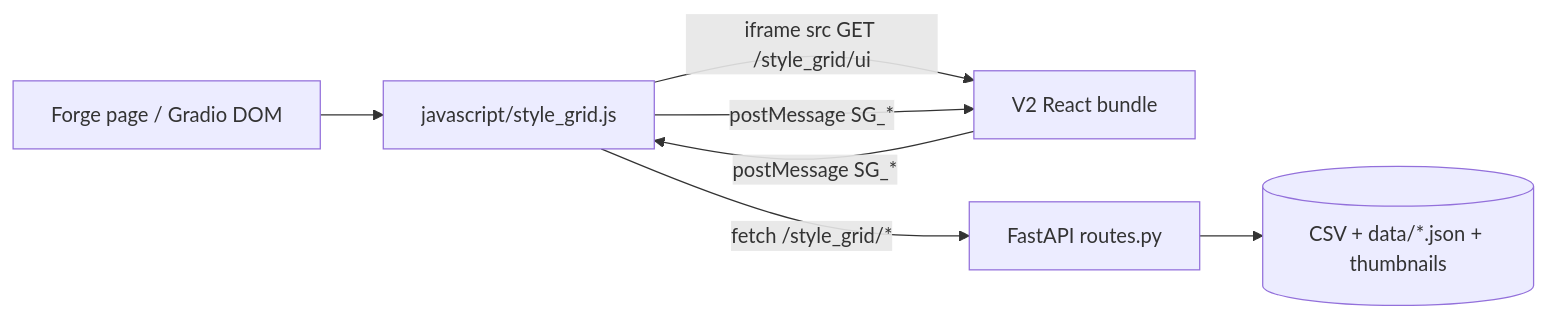
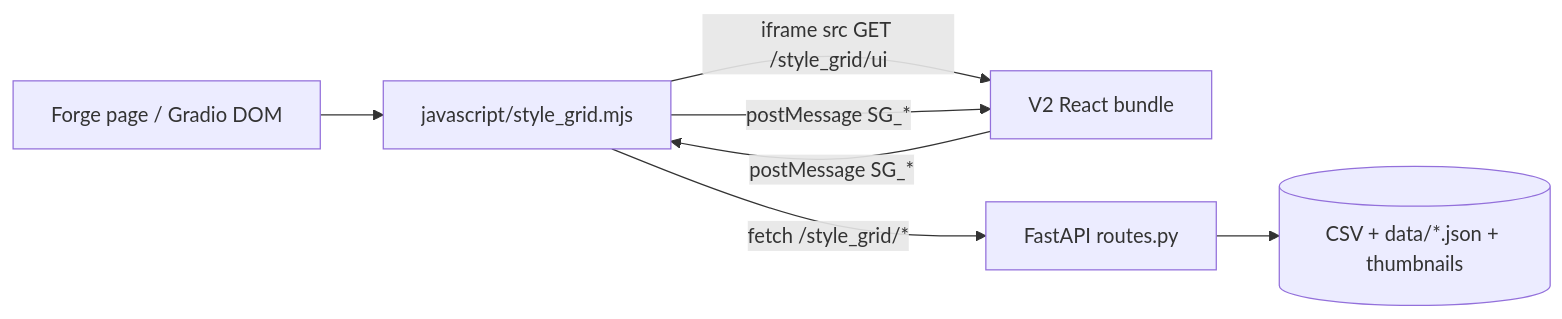
The first of 2 diagrams in docs/DEVELOPMENT.md (KazeKaze93/sd-webui-style-organizer), drawn with Mermaid before and after one commit. The commit also changed other lines of this file and 10 other files, not shown here.

````diff
--- a/docs/DEVELOPMENT.md
+++ b/docs/DEVELOPMENT.md
@@ -11,9 +11,9 @@
 ```mermaid
 flowchart LR
-  A[Forge page / Gradio DOM] --> B[javascript/style_grid.js]
+  A[Forge page / Gradio DOM] --> B[javascript/style_grid.mjs]
   B -->|iframe src GET /style_grid/ui| C[V2 React bundle]
   B -->|postMessage SG_*| C
   C -->|postMessage SG_*| B
   B -->|fetch /style_grid/*| D[FastAPI routes.py]
   D --> E[(CSV + data/*.json + thumbnails)]
 ```
````
